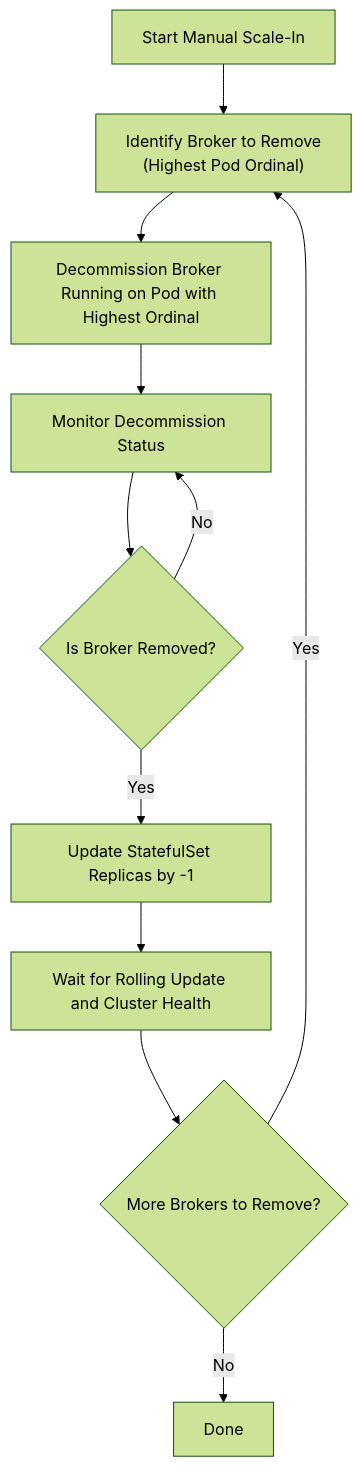
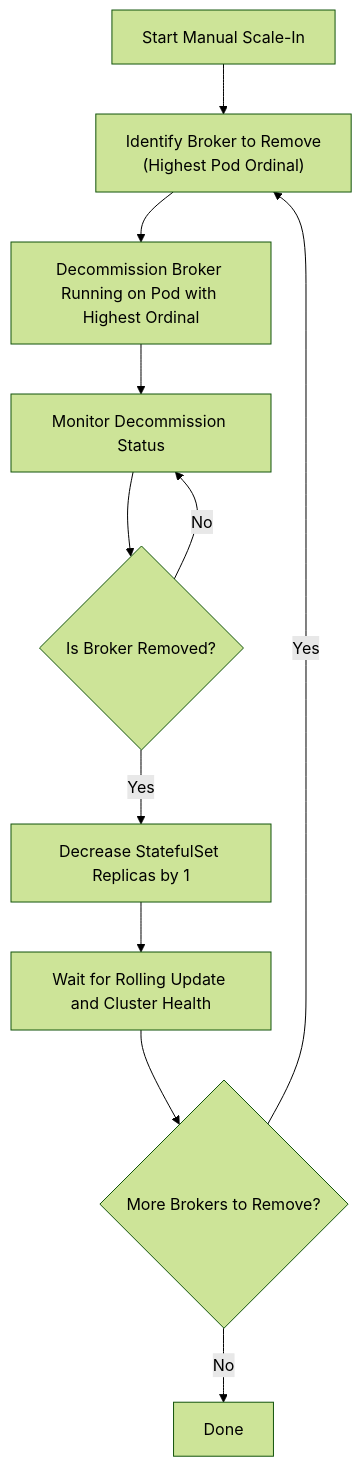
Before and after one commit to redpanda-data/docs: the second of 2 diagrams in modules/manage/pages/kubernetes/k-decommission-brokers.adoc, drawn with Mermaid (forest theme).

Commit message:
Consistent phrasing

```diff
--- a/modules/manage/pages/kubernetes/k-decommission-brokers.adoc
+++ b/modules/manage/pages/kubernetes/k-decommission-brokers.adoc
@@ -538,14 +538,14 @@
 [mermaid]
 ....
 flowchart TB
     A[Start Manual Scale-In] --> B["Identify Broker to Remove<br/>(Highest Pod Ordinal)"]
     B --> C[Decommission Broker Running on Pod with Highest Ordinal]
     C --> D[Monitor Decommission Status]
     D --> E{Is Broker Removed?}
     E -- No --> D
-    E -- Yes --> F[Update StatefulSet Replicas by -1]
+    E -- Yes --> F[Decrease StatefulSet Replicas by 1]
     F --> G[Wait for Rolling Update and Cluster Health]
     G --> H{More Brokers to Remove?}
     H -- Yes --> B
     H -- No --> I[Done]
 ....
```
